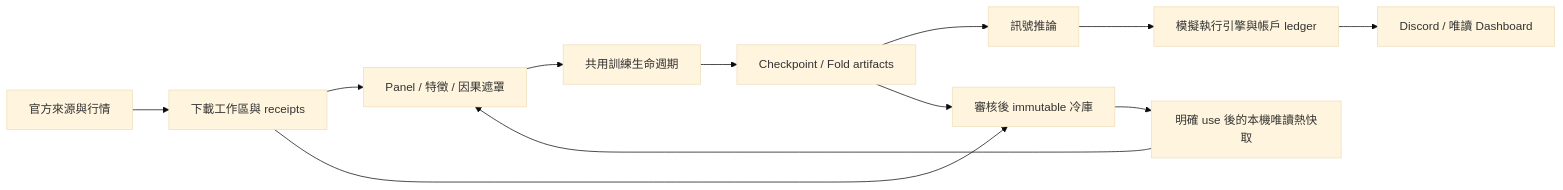
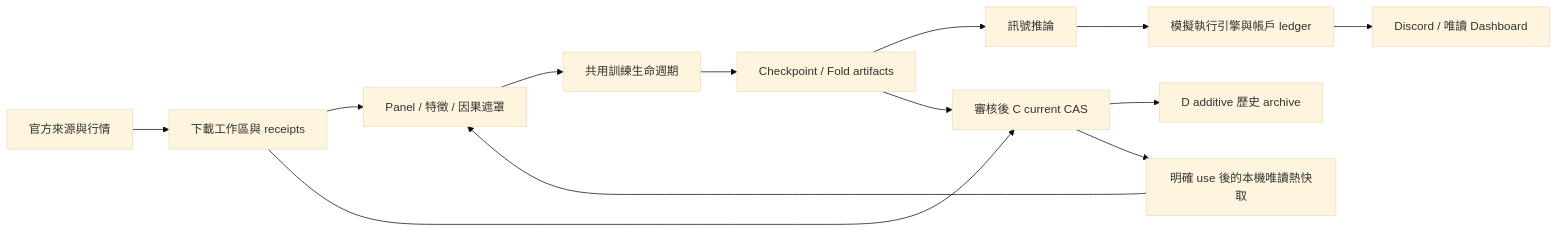
Before and after one commit to penguin72487/stockAgent: the diagram in docs/project_architecture.md, drawn with Mermaid (base theme). The commit also changed other lines of this file and 54 other files, not shown here.

````diff
--- a/docs/project_architecture.md
+++ b/docs/project_architecture.md
@@ -18,14 +18,15 @@
 ```mermaid
 flowchart LR
   S[官方來源與行情] --> D[下載工作區與 receipts]
   D --> P[Panel / 特徵 / 因果遮罩]
   P --> T[共用訓練生命週期]
   T --> M[Checkpoint / Fold artifacts]
   M --> I[訊號推論]
   I --> E[模擬執行引擎與帳戶 ledger]
   E --> U[Discord / 唯讀 Dashboard]
-  D --> C[審核後 immutable 冷庫]
+  D --> C[審核後 C current CAS]
   M --> C
+  C --> A[D additive 歷史 archive]
   C --> H[明確 use 後的本機唯讀熱快取]
   H --> P
 ```
````
